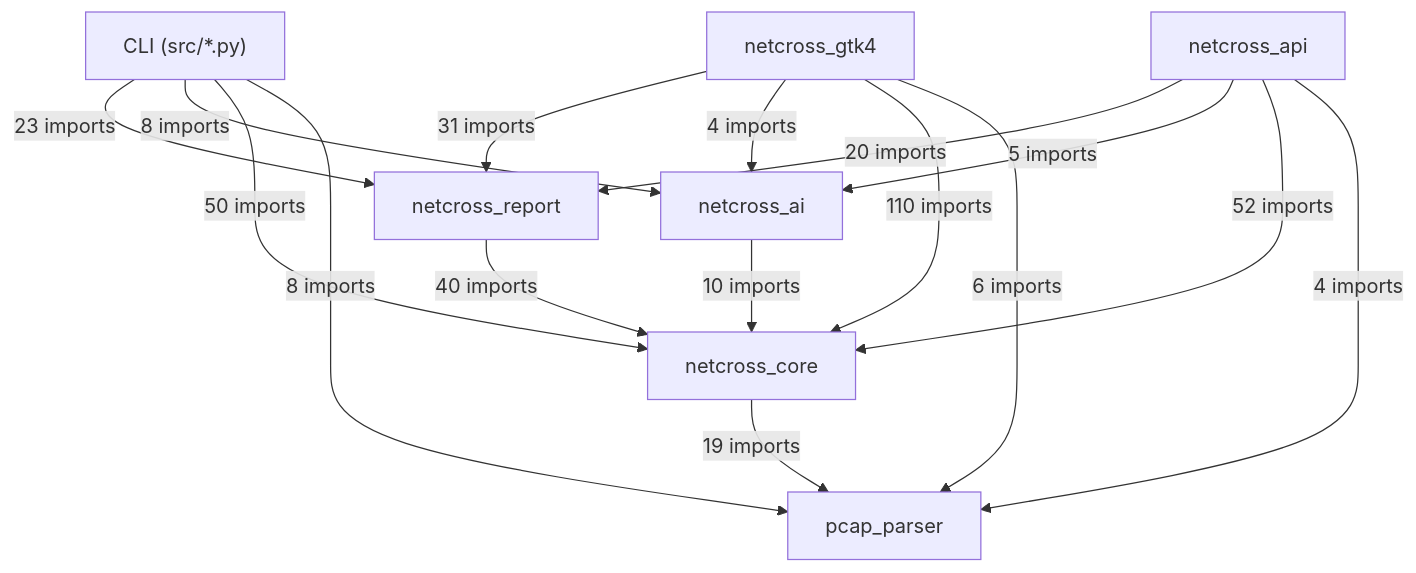
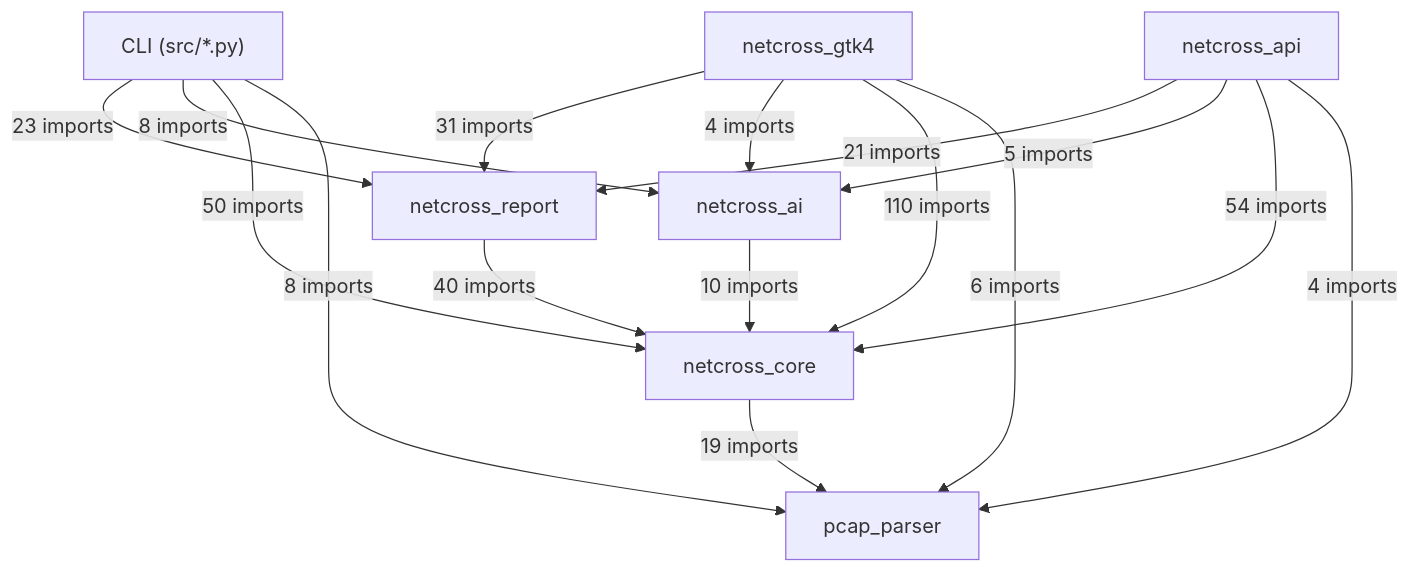
One commit to Mathide-Team/Netcross changed the first of 20 diagrams in docs/class-diagram.md. Above: the diagram before and after it, drawn with Mermaid. The commit also changed other lines of this file and 6 other files, not shown here.

````diff
--- a/docs/class-diagram.md
+++ b/docs/class-diagram.md
@@ -26,25 +26,25 @@
 ```mermaid
 flowchart TD
     CLI["CLI (src/*.py)"]
     netcross_gtk4["netcross_gtk4"]
     netcross_api["netcross_api"]
     netcross_report["netcross_report"]
     netcross_ai["netcross_ai"]
     netcross_core["netcross_core"]
     pcap_parser["pcap_parser"]
     CLI -->|"23 imports"| netcross_report
     CLI -->|"8 imports"| netcross_ai
     CLI -->|"50 imports"| netcross_core
     CLI -->|"8 imports"| pcap_parser
     netcross_gtk4 -->|"31 imports"| netcross_report
     netcross_gtk4 -->|"4 imports"| netcross_ai
     netcross_gtk4 -->|"110 imports"| netcross_core
     netcross_gtk4 -->|"6 imports"| pcap_parser
-    netcross_api -->|"20 imports"| netcross_report
+    netcross_api -->|"21 imports"| netcross_report
     netcross_api -->|"5 imports"| netcross_ai
-    netcross_api -->|"52 imports"| netcross_core
+    netcross_api -->|"54 imports"| netcross_core
     netcross_api -->|"4 imports"| pcap_parser
     netcross_report -->|"40 imports"| netcross_core
     netcross_ai -->|"10 imports"| netcross_core
     netcross_core -->|"19 imports"| pcap_parser
 ```
````
